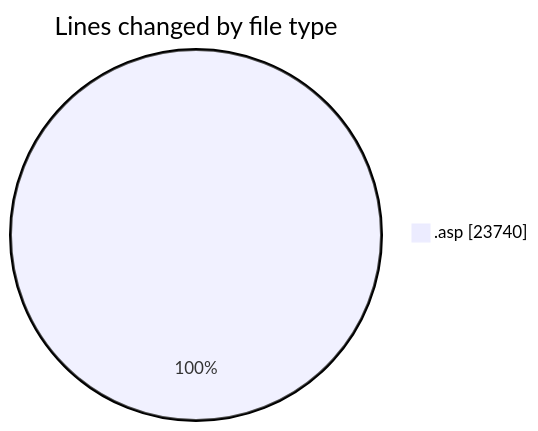
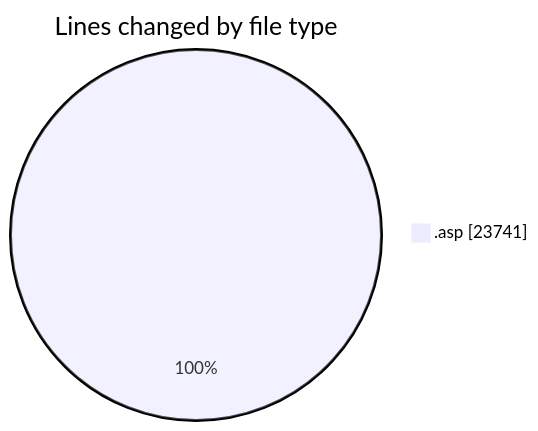
One commit to julien-gomy/code-tracking changed the first of 2 diagrams in 2025-11-14/cdp_aleoudev_fr__workspace_/README.md. Above: the diagram before and after it, drawn with Mermaid. The commit also changed other lines of this file and 1 other file, not shown here.

````diff
--- a/2025-11-14/cdp_aleoudev_fr__workspace_/README.md
+++ b/2025-11-14/cdp_aleoudev_fr__workspace_/README.md
@@ -38,5 +39,5 @@
 ```mermaid
 pie showData
 title Lines changed by file type
-".asp" : 23740
+".asp" : 23741
 ```
````
